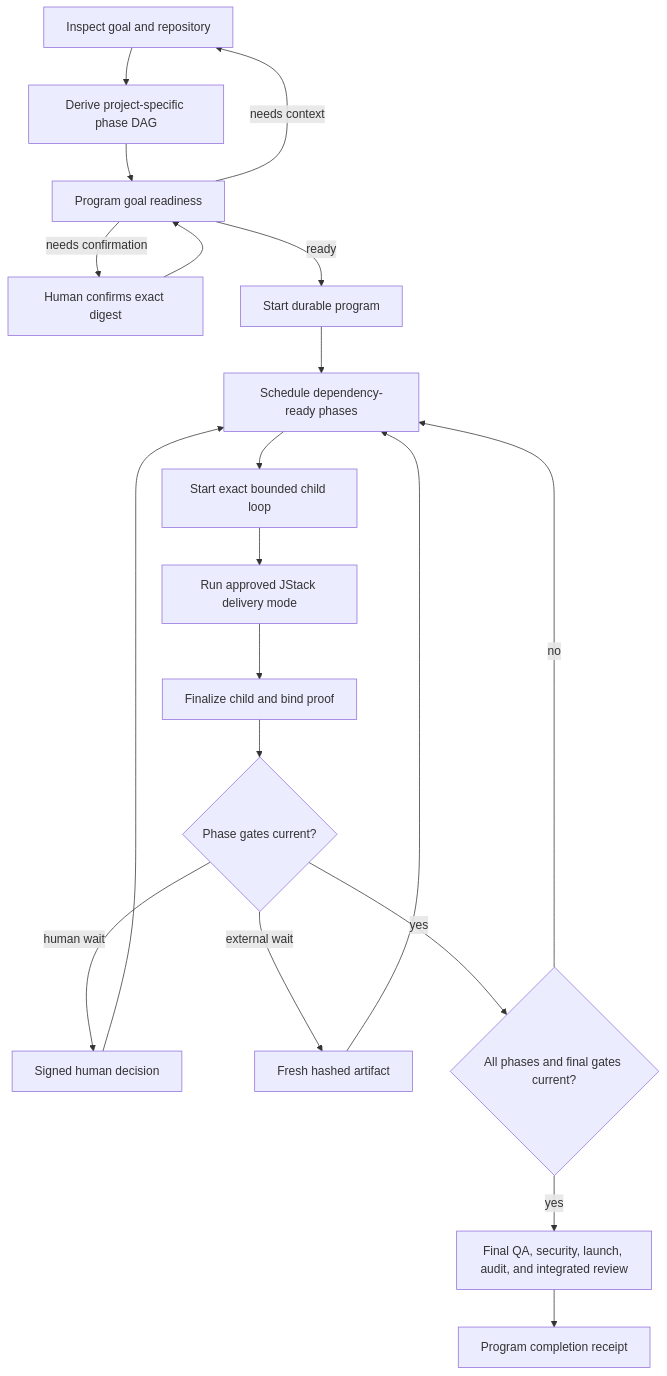
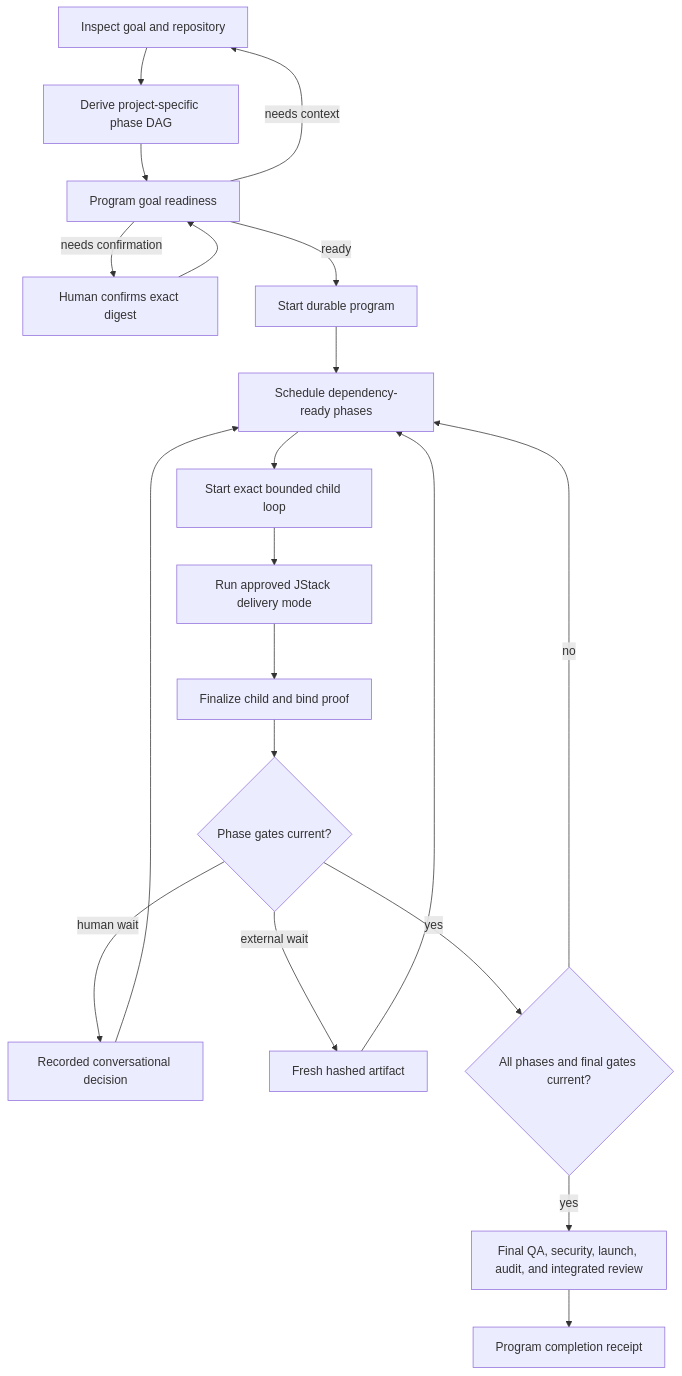
One commit to JarodFroneman/jstack changed the diagram in docs/program-system.md. Above: the diagram before and after it, drawn with Mermaid. The commit also changed other lines of this file and 110 other files, not shown here.

````diff
--- a/docs/program-system.md
+++ b/docs/program-system.md
@@ -23,22 +23,22 @@
 ```mermaid
 flowchart TD
   A["Inspect goal and repository"] --> B["Derive project-specific phase DAG"]
   B --> C["Program goal readiness"]
   C -->|needs context| A
   C -->|needs confirmation| D["Human confirms exact digest"]
   D --> C
   C -->|ready| E["Start durable program"]
   E --> F["Schedule dependency-ready phases"]
   F --> G["Start exact bounded child loop"]
   G --> H["Run approved JStack delivery mode"]
   H --> I["Finalize child and bind proof"]
   I --> J{"Phase gates current?"}
-  J -->|human wait| K["Signed human decision"]
+  J -->|human wait| K["Recorded conversational decision"]
   J -->|external wait| L["Fresh hashed artifact"]
   K --> F
   L --> F
   J -->|yes| M{"All phases and final gates current?"}
   M -->|no| F
   M -->|yes| N["Final QA, security, launch, audit, and integrated review"]
   N --> O["Program completion receipt"]
 ```
````
